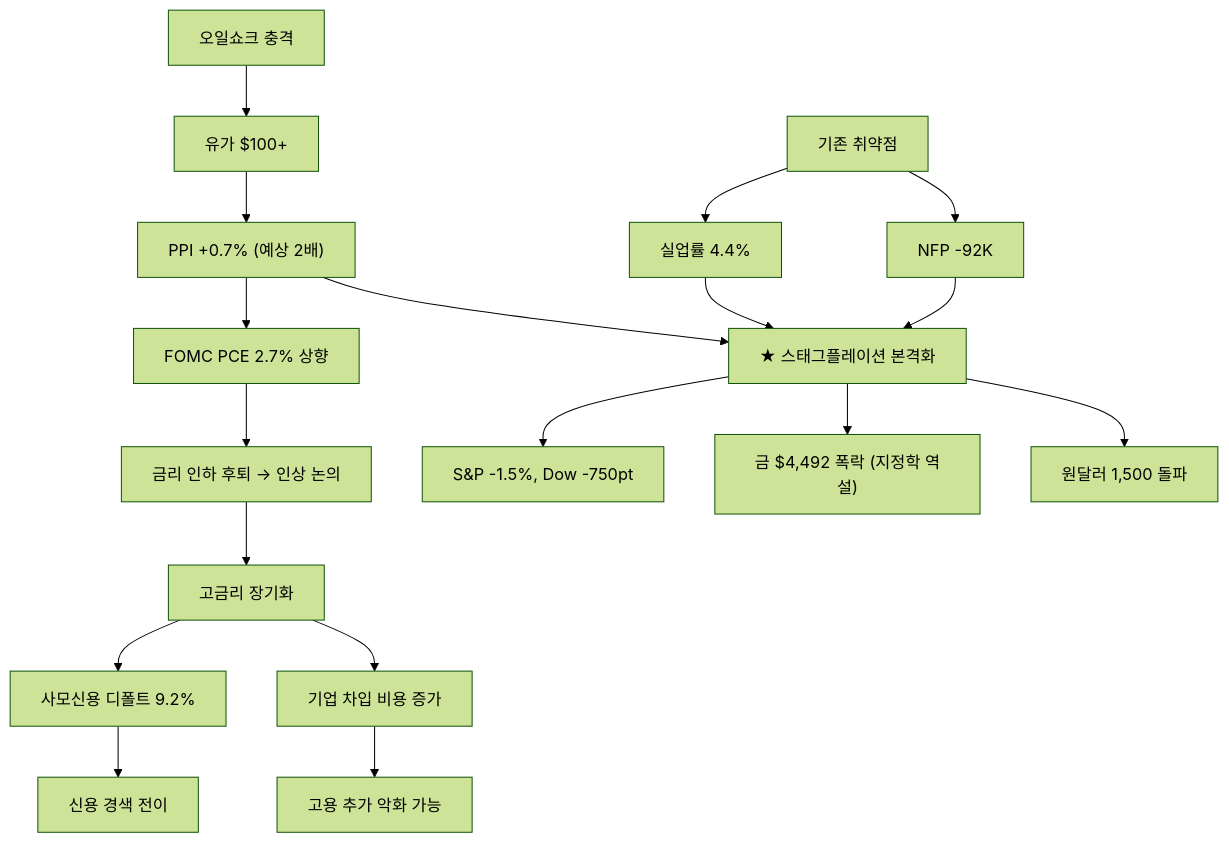
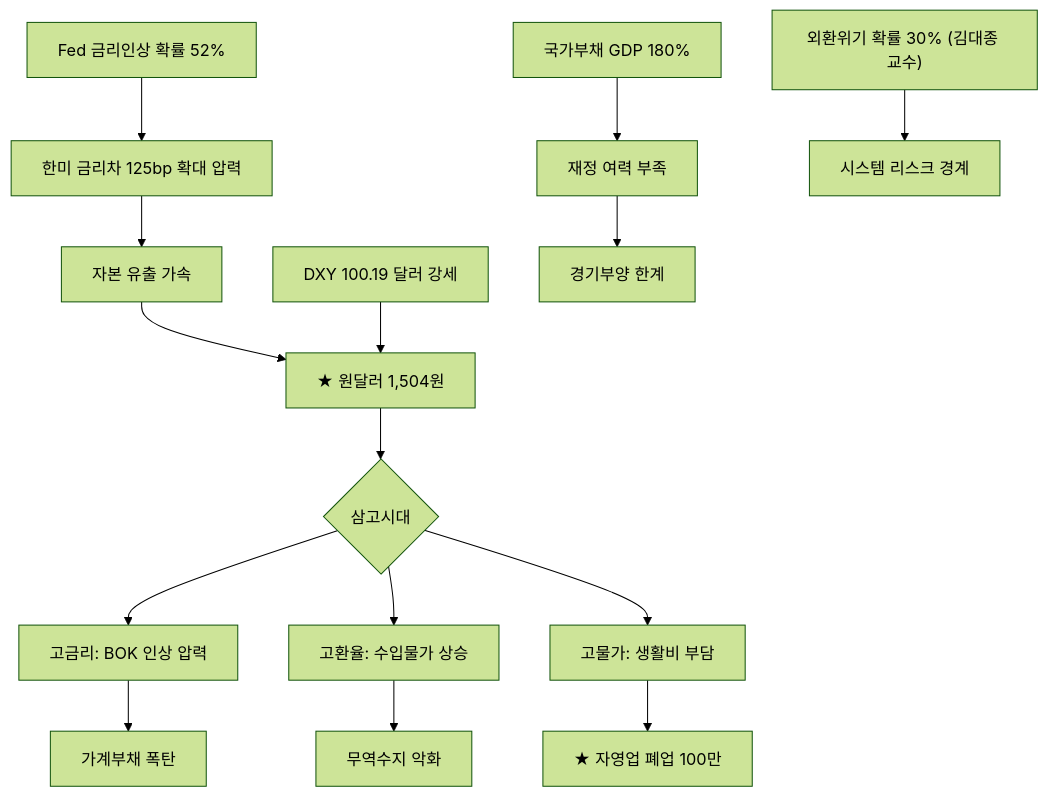
The eighth of 11 diagrams in _posts/knowledge/invest/2026-01-12-macroeconomic-policy-sector-outlook-2026.md (dss99911/dss99911.github.io), drawn with Mermaid (forest theme) before and after one commit. The commit also changed other lines of this file and 3 other files, not shown here.

````diff
--- a/_posts/knowledge/invest/2026-01-12-macroeconomic-policy-sector-outlook-2026.md
+++ b/_posts/knowledge/invest/2026-01-12-macroeconomic-policy-sector-outlook-2026.md
@@ -319,20 +271,17 @@
 ```mermaid
 graph TD
-    A["기존 취약점"] --> B["NFP -92K"]
-    A --> C["실업률 4.4%"]
-    E["오일쇼크 충격"] --> F["유가 $100+"]
-    F --> G["PPI +0.7% #40;예상 2배#41;"]
-    G --> H["FOMC PCE 2.7% 상향"]
-    H --> I["금리 인하 후퇴 → 인상 논의"]
-    I --> J["고금리 장기화"]
-    J --> K["사모신용 디폴트 9.2%"]
-    J --> L["기업 차입 비용 증가"]
-    K --> M["신용 경색 전이"]
-    L --> N["고용 추가 악화 가능"]
-    B --> O["★ 스태그플레이션 본격화"]
-    C --> O
-    G --> O
-    O --> P["S&P -1.5%, Dow -750pt"]
-    O --> Q["금 $4,492 폭락 #40;지정학 역설#41;"]
-    O --> R["원달러 1,500 돌파"]
+    A["Fed 금리인상 확률 52%"] --> B["한미 금리차 125bp 확대 압력"]
+    B --> C["자본 유출 가속"]
+    C --> D["★ 원달러 1,504원"]
+    E["DXY 100.19 달러 강세"] --> D
+    D --> F{"삼고시대"}
+    F --> G["고금리: BOK 인상 압력"]
+    F --> H["고환율: 수입물가 상승"]
+    F --> I["고물가: 생활비 부담"]
+    G --> J["가계부채 폭탄"]
+    H --> K["무역수지 악화"]
+    I --> L["★ 자영업 폐업 100만"]
+    M["국가부채 GDP 180%"] --> N["재정 여력 부족"]
+    N --> O["경기부양 한계"]
+    P["외환위기 확률 30% #40;김대종 교수#41;"] --> Q["시스템 리스크 경계"]
 ```
````
